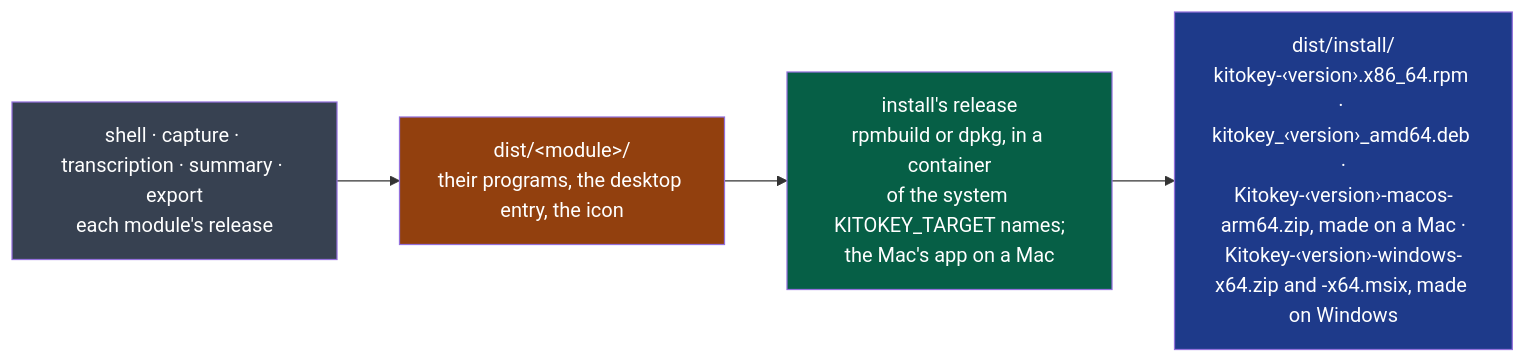
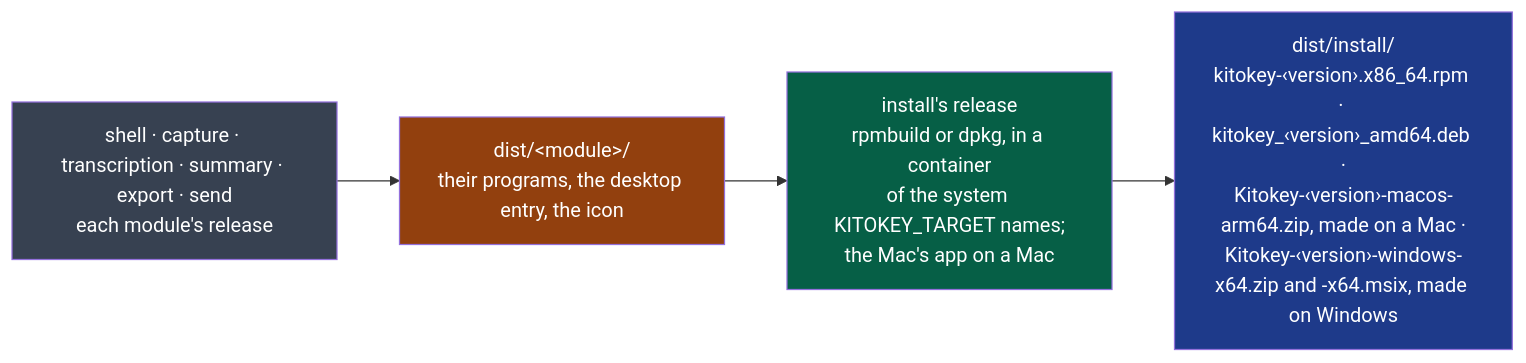
Before and after one commit to NapkinStack/kitokey: the first of 3 diagrams in modules/install/README.md, drawn with Mermaid. The commit also changed other lines of this file and 13 other files, not shown here.

First line of the commit message:
install: kitokey-send in every package, beside the other programs (#1158, D110, ADR-0018)

````diff
--- a/modules/install/README.md
+++ b/modules/install/README.md
@@ -6,10 +6,10 @@
 ```mermaid
 flowchart LR
-    M["shell · capture · transcription · summary · export<br/>each module's release"]:::mod --> D["dist/&lt;module&gt;/<br/>their programs, the desktop entry, the icon"]:::art
+    M["shell · capture · transcription · summary · export · send<br/>each module's release"]:::mod --> D["dist/&lt;module&gt;/<br/>their programs, the desktop entry, the icon"]:::art
     D --> B["install's release<br/>rpmbuild or dpkg, in a container<br/>of the system KITOKEY_TARGET names;<br/>the Mac's app on a Mac"]:::this
     B --> R["dist/install/<br/>kitokey-‹version›.x86_64.rpm · kitokey_‹version›_amd64.deb ·<br/>Kitokey-‹version›-macos-arm64.zip, made on a Mac ·<br/>Kitokey-‹version›-windows-x64.zip and -x64.msix, made on Windows"]:::out
     classDef mod fill:#374151,color:#fff
     classDef art fill:#92400e,color:#fff
     classDef this fill:#065f46,color:#fff
     classDef out fill:#1e3a8a,color:#fff
 ```
````
